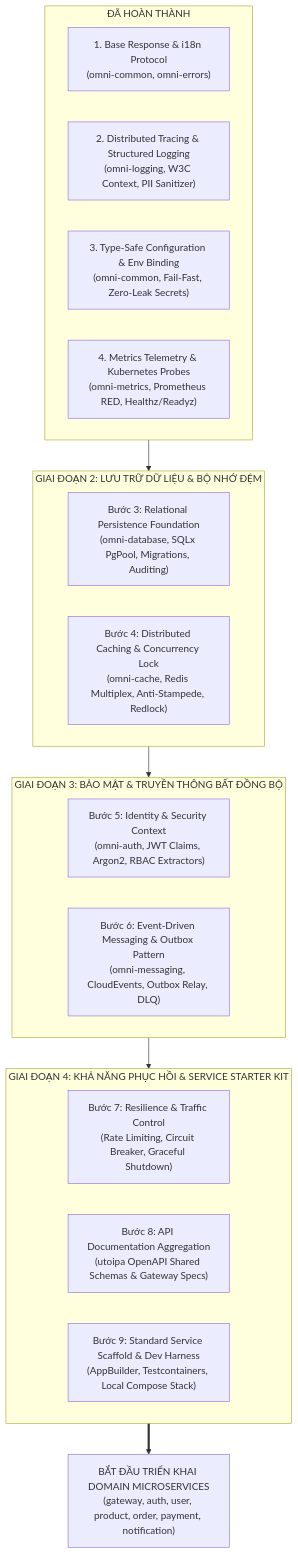
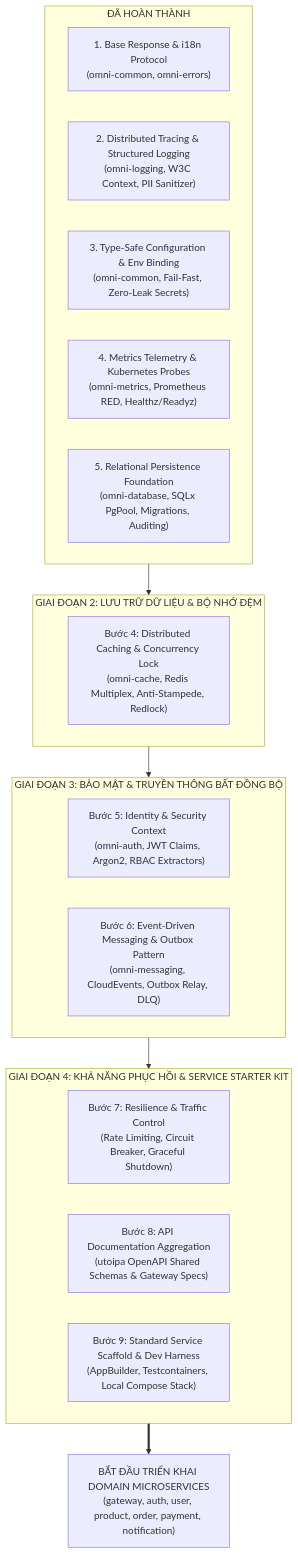
The diagram in RoadMap.md (NQHxDev/OmniKubernetes), drawn with Mermaid before and after one commit. The commit also changed other lines of this file and 34 other files, not shown here.

Commit message:
feat(database): implement relational persistence foundation and transaction management

````diff
--- a/RoadMap.md
+++ b/RoadMap.md
@@ -39,30 +40,30 @@
 ```mermaid
 flowchart TD
     subgraph Done["ĐÃ HOÀN THÀNH"]
         M01["1. Base Response & i18n Protocol<br/>(omni-common, omni-errors)"]
         M02["2. Distributed Tracing & Structured Logging<br/>(omni-logging, W3C Context, PII Sanitizer)"]
         M03["3. Type-Safe Configuration & Env Binding<br/>(omni-common, Fail-Fast, Zero-Leak Secrets)"]
         M04["4. Metrics Telemetry & Kubernetes Probes<br/>(omni-metrics, Prometheus RED, Healthz/Readyz)"]
+        M05["5. Relational Persistence Foundation<br/>(omni-database, SQLx PgPool, Migrations, Auditing)"]
     end
 
     subgraph Phase2["GIAI ĐOẠN 2: LƯU TRỮ DỮ LIỆU & BỘ NHỚ ĐỆM"]
-        P3["Bước 3: Relational Persistence Foundation<br/>(omni-database, SQLx PgPool, Migrations, Auditing)"]
         P4["Bước 4: Distributed Caching & Concurrency Lock<br/>(omni-cache, Redis Multiplex, Anti-Stampede, Redlock)"]
     end
 
     subgraph Phase3["GIAI ĐOẠN 3: BẢO MẬT & TRUYỀN THÔNG BẤT ĐỒNG BỘ"]
         P5["Bước 5: Identity & Security Context<br/>(omni-auth, JWT Claims, Argon2, RBAC Extractors)"]
         P6["Bước 6: Event-Driven Messaging & Outbox Pattern<br/>(omni-messaging, CloudEvents, Outbox Relay, DLQ)"]
     end
 
     subgraph Phase4["GIAI ĐOẠN 4: KHẢ NĂNG PHỤC HỒI & SERVICE STARTER KIT"]
         P7["Bước 7: Resilience & Traffic Control<br/>(Rate Limiting, Circuit Breaker, Graceful Shutdown)"]
         P8["Bước 8: API Documentation Aggregation<br/>(utoipa OpenAPI Shared Schemas & Gateway Specs)"]
         P9["Bước 9: Standard Service Scaffold & Dev Harness<br/>(AppBuilder, Testcontainers, Local Compose Stack)"]
     end
 
     Done --> Phase2
     Phase2 --> Phase3
     Phase3 --> Phase4
     Phase4 ==> Target["BẮT ĐẦU TRIỂN KHAI DOMAIN MICROSERVICES<br/>(gateway, auth, user, product, order, payment, notification)"]
 ```
````
